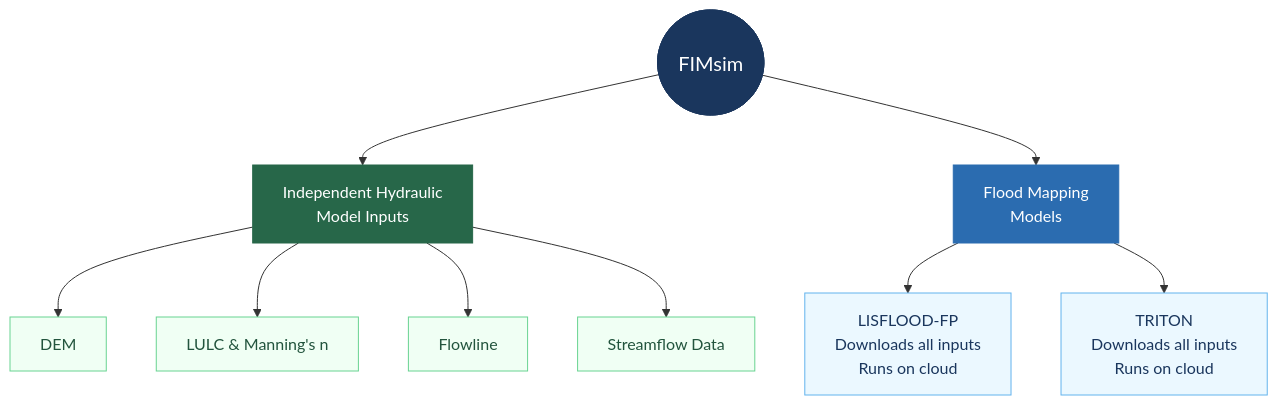
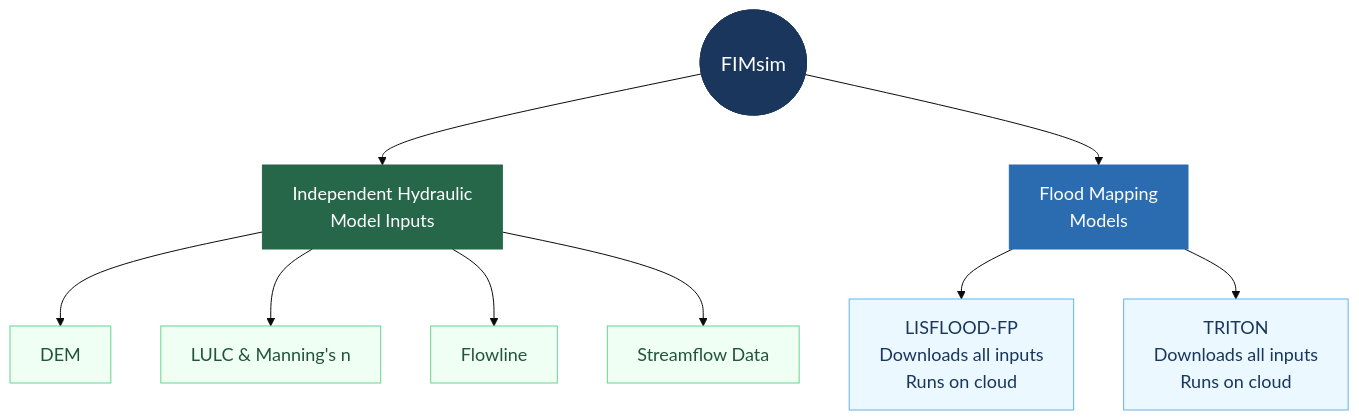
Before and after one commit to pnikrou/FIMsim: the diagram in README.md, drawn with Mermaid. The commit also changed other lines of this file, not shown here.

Commit message:
Add desktop installer note to intro; increase workflow diagram font size

````diff
--- a/README.md
+++ b/README.md
@@ -28,27 +28,28 @@
 ```mermaid
+%%{init: {'theme': 'base', 'themeVariables': {'fontSize': '18px', 'fontFamily': 'Arial'}}}%%
 flowchart TD
     FIM(["FIMsim"])
 
     FIM --> IND["Independent Hydraulic\nModel Inputs"]
     FIM --> FM["Flood Mapping\nModels"]
 
     IND --> DEM["DEM"]
     IND --> LULC["LULC & Manning's n"]
     IND --> FL["Flowline"]
     IND --> SF["Streamflow Data"]
 
     FM --> LFP["LISFLOOD-FP\nDownloads all inputs\nRuns on cloud"]
     FM --> TRI["TRITON\nDownloads all inputs\nRuns on cloud"]
 
     classDef main     fill:#1a365d,color:#ffffff,stroke:#1a365d,font-size:20px,padding:16px
     classDef cat_grn  fill:#276749,color:#ffffff,stroke:#276749
     classDef cat_blu  fill:#2b6cb0,color:#ffffff,stroke:#2b6cb0
     classDef item_grn fill:#f0fff4,color:#22543d,stroke:#68d391
     classDef item_blu fill:#ebf8ff,color:#1a365d,stroke:#63b3ed
 
     class FIM main
     class IND cat_grn
     class FM cat_blu
     class DEM,LULC,FL,SF item_grn
     class LFP,TRI item_blu
 ```
````
